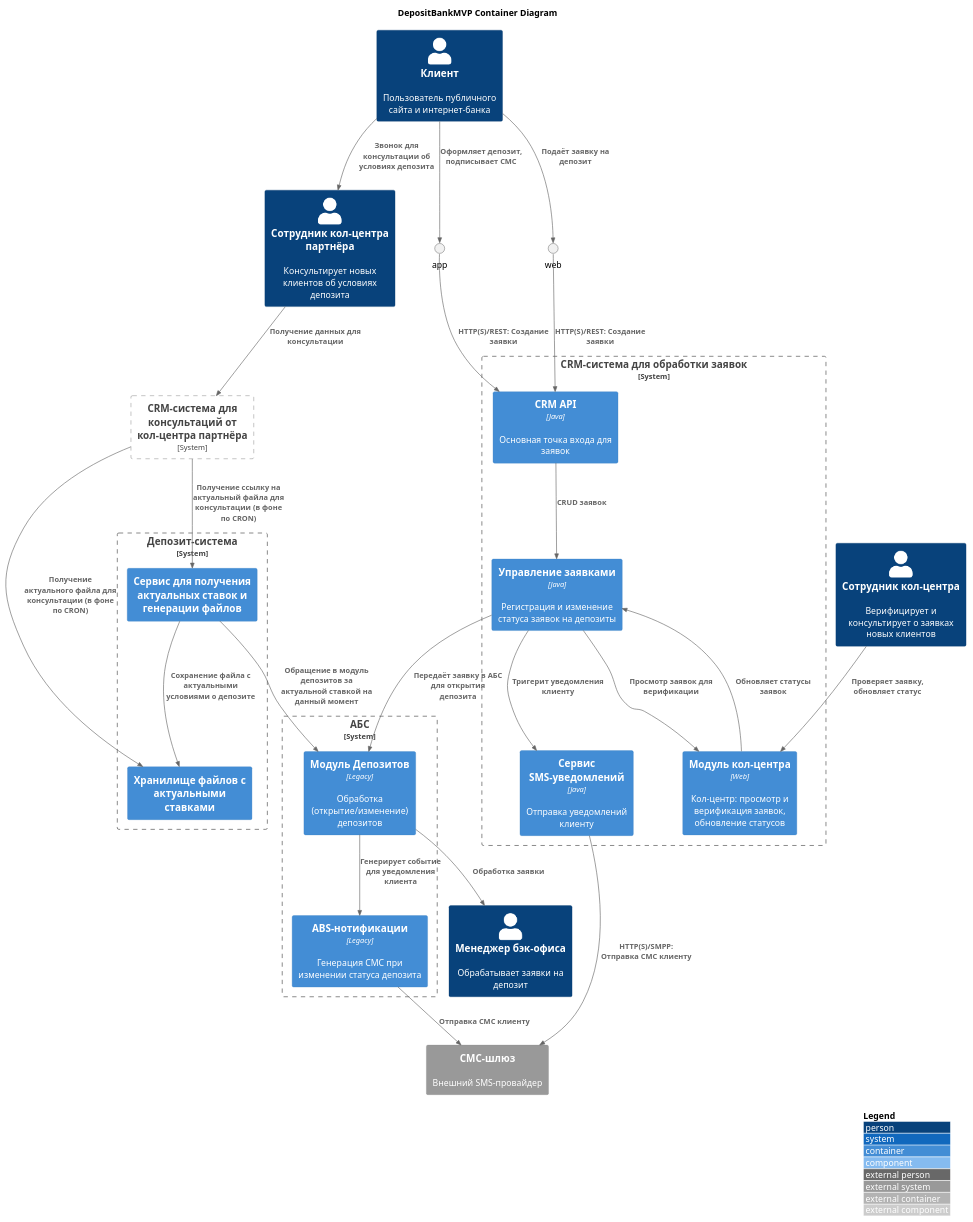
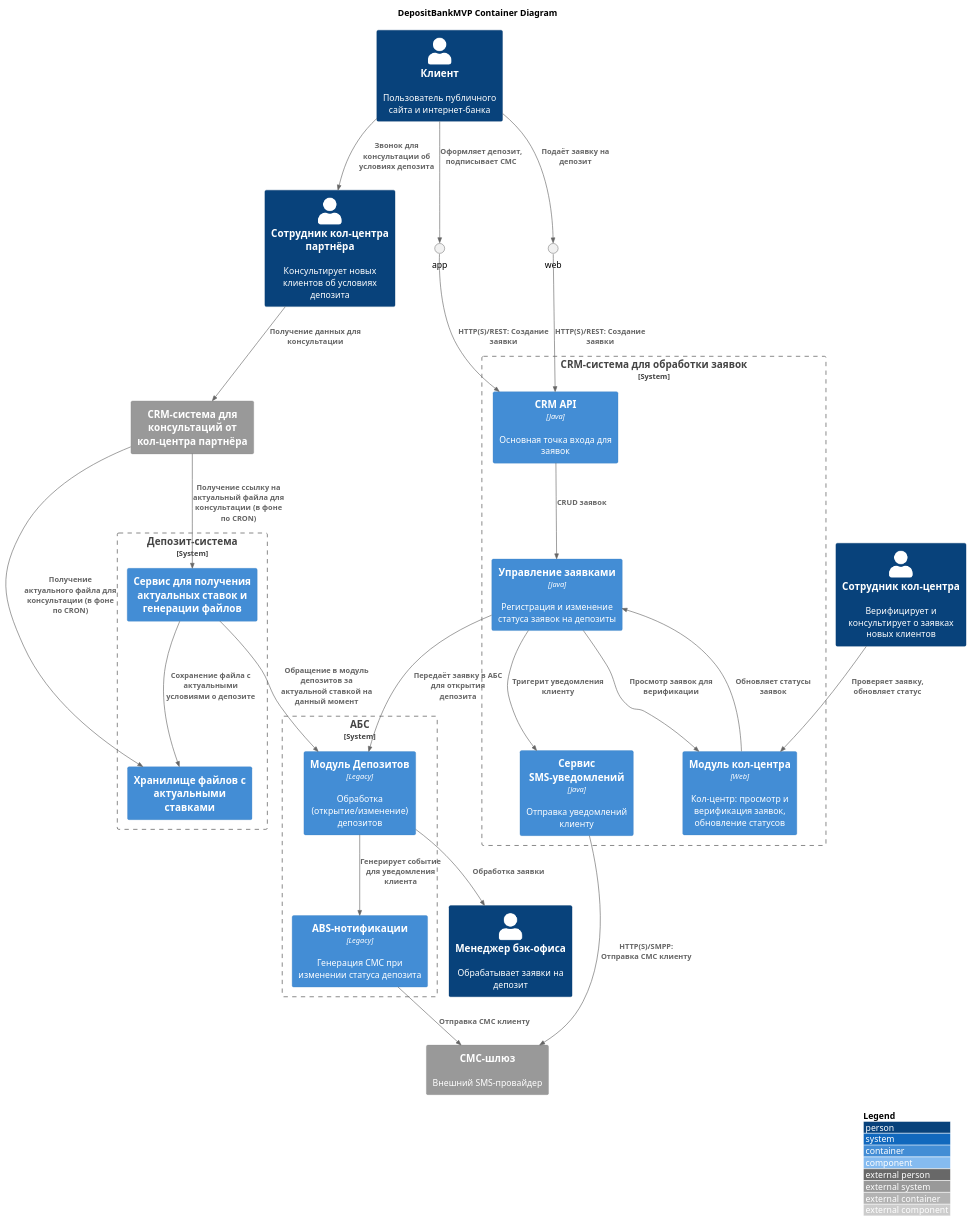
Before and after one commit to an-yanusov/architecture-standart: the diagram in Task4/c2_container.plantuml, drawn with PlantUML. The commit also changed 2 other files, not shown here.

```diff
--- a/Task4/c2_container.plantuml
+++ b/Task4/c2_container.plantuml
@@ -1,59 +1,59 @@
 @startuml
 title DepositBankMVP Container Diagram
 
 top to bottom direction
 
 !includeurl https://raw.githubusercontent.com/RicardoNiepel/C4-PlantUML/master/C4_Component.puml
 LAYOUT_WITH_LEGEND()
 
 Person(customer, "Клиент", "Пользователь публичного сайта и интернет-банка")
 Person(manager, "Менеджер бэк-офиса", "Обрабатывает заявки на депозит")
 Person(callcenter, "Сотрудник кол-центра", "Верифицирует и консультирует о заявках новых клиентов")
 Person(ext_callcenter, "Сотрудник кол-центра партнёра", "Консультирует новых клиентов об условиях депозита")
 
 System_Boundary(CRM, "CRM-система для обработки заявок") {
     Container(crmApi, "CRM API", "Java", "Основная точка входа для заявок")
     Container(applications, "Управление заявками", "Java", "Регистрация и изменение статуса заявок на депозиты")
     Container(notify, "Сервис SMS-уведомлений", "Java", "Отправка уведомлений клиенту")
     Container(callcenterModule, "Модуль кол-центра", "Web", "Кол-центр: просмотр и верификация заявок, обновление статусов")
 }
-System_Boundary(EXT_CRM, "CRM-система для консультаций от кол-центра партнёра")
+System_Ext(EXT_CRM, "CRM-система для консультаций от кол-центра партнёра")
 
 
 
 System_Boundary(Deposit, "Депозит-система") {
     Container(s3_deposit, "Хранилище файлов с актуальными ставками")
     Container(ms_deposit, "Сервис для получения актуальных ставок и генерации файлов")
 }
 
 System_Boundary(ABS, "АБС") {
     Container(absApp, "Модуль Депозитов", "Legacy", "Обработка (открытие/изменение) депозитов")
     Container(absNotify, "ABS-нотификации", "Legacy", "Генерация СМС при изменении статуса депозита")
 }
 System_Ext(sms, "СМС-шлюз", "Внешний SMS-провайдер")
 
 ' --- Внутрисистемные каналы
 Rel(customer, web, "Подаёт заявку на депозит")
 Rel(customer, app, "Оформляет депозит, подписывает СМС")
 
 Rel(web, crmApi, "HTTP(S)/REST: Создание заявки")
 Rel(app, crmApi, "HTTP(S)/REST: Создание заявки")
 
 Rel(crmApi, applications, "CRUD заявок")
 Rel(applications, callcenterModule, "Просмотр заявок для верификации")
 Rel(callcenter, callcenterModule, "Проверяет заявку, обновляет статус")
 Rel(callcenterModule, applications, "Обновляет статусы заявок")
 Rel(applications, notify, "Тригерит уведомления клиенту")
 Rel(notify, sms, "HTTP(S)/SMPP: Отправка СМС клиенту")
 Rel(applications, absApp, "Передаёт заявку в АБС для открытия депозита")
 Rel(absApp, manager, "Обработка заявки")
 Rel(absApp, absNotify, "Генерирует событие для уведомления клиента")
 Rel(absNotify, sms, "Отправка СМС клиенту")
 
 Rel(customer, ext_callcenter, "Звонок для консультации об условиях депозита")
 Rel(ext_callcenter, EXT_CRM, "Получение данных для консультации")
 Rel(EXT_CRM, ms_deposit, "Получение ссылку на актуальный файла для консультации (в фоне по CRON)")
 Rel(EXT_CRM, s3_deposit, "Получение актуального файла для консультации (в фоне по CRON)")
 Rel(ms_deposit, s3_deposit, "Сохранение файла с актуальными условиями о депозите")
 Rel(ms_deposit, absApp, "Обращение в модуль депозитов за актуальной ставкой на данный момент")
 @enduml
```
